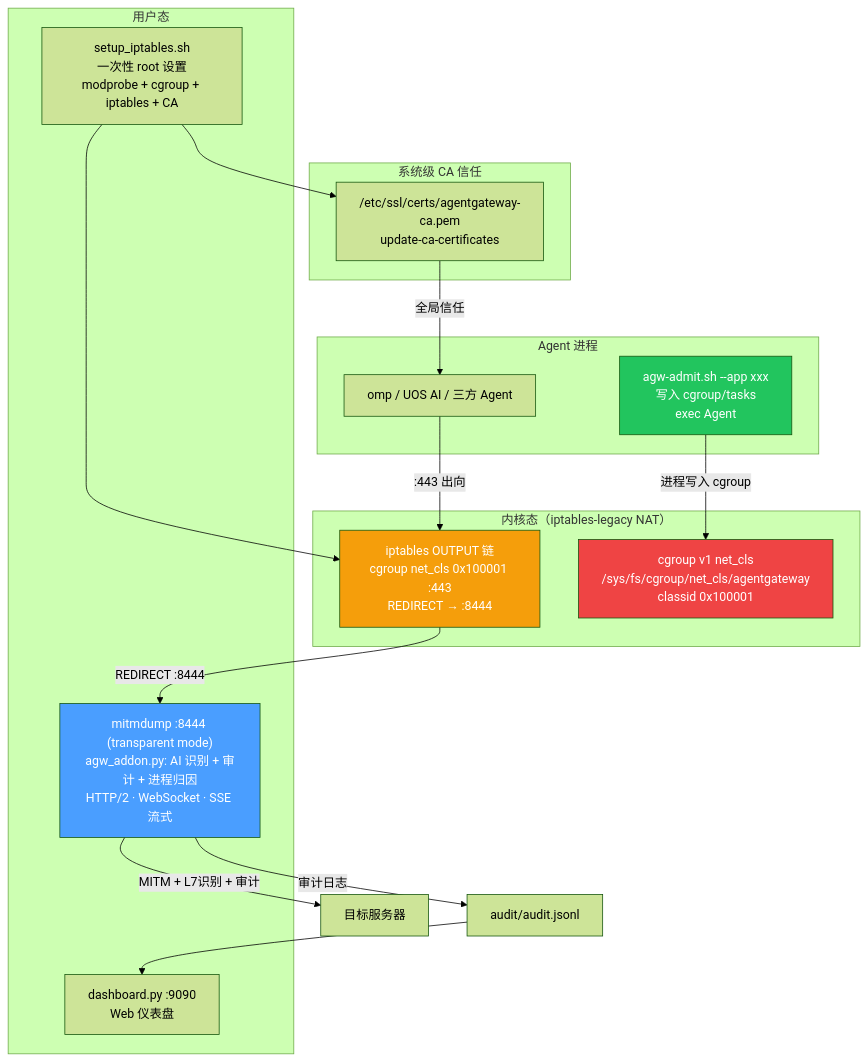
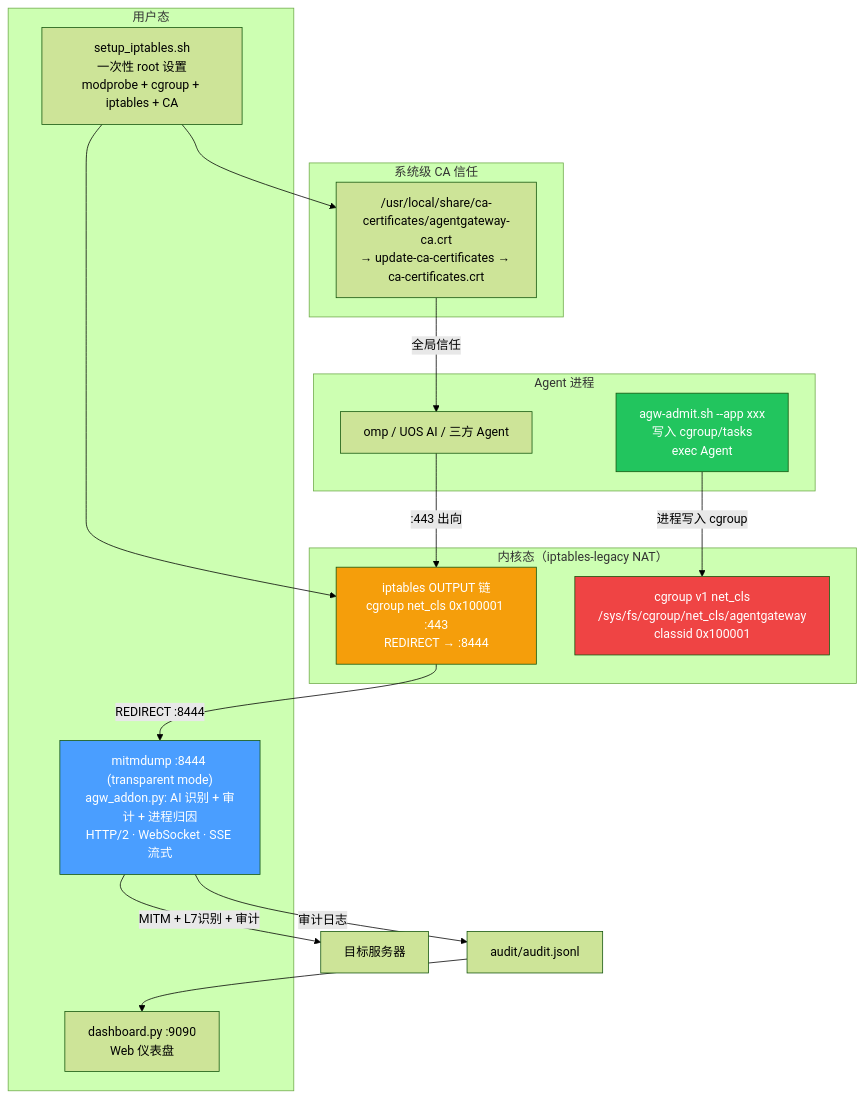
The diagram in specs/方案A_透明代理进程级拦截_4.19内核.md (eric2023/agentgateway), drawn with Mermaid (forest theme) before and after one commit. The commit also changed other lines of this file and 1 other file, not shown here.

````diff
--- a/specs/方案A_透明代理进程级拦截_4.19内核.md
+++ b/specs/方案A_透明代理进程级拦截_4.19内核.md
@@ -20,37 +20,37 @@
 ```mermaid
 graph TB
     subgraph 内核态["内核态（iptables-legacy NAT）"]
         NFT["iptables OUTPUT 链<br/>cgroup net_cls 0x100001 :443<br/>REDIRECT → :8444"]
         CG["cgroup v1 net_cls<br/>/sys/fs/cgroup/net_cls/agentgateway<br/>classid 0x100001"]
     end
 
     subgraph 用户态["用户态"]
         TP["mitmdump :8444 (transparent mode)<br/>agw_addon.py: AI 识别 + 审计 + 进程归因<br/>HTTP/2 · WebSocket · SSE 流式"]
         DASH["dashboard.py :9090<br/>Web 仪表盘"]
         SETUP["setup_iptables.sh<br/>一次性 root 设置<br/>modprobe + cgroup + iptables + CA"]
     end
 
     subgraph Agent["Agent 进程"]
         A1["omp / UOS AI / 三方 Agent"]
         TE["agw-admit.sh --app xxx<br/>写入 cgroup/tasks<br/>exec Agent"]
     end
 
     subgraph CA["系统级 CA 信任"]
-        SYS["/etc/ssl/certs/agentgateway-ca.pem<br/>update-ca-certificates"]
+        SYS["/usr/local/share/ca-certificates/agentgateway-ca.crt<br/>→ update-ca-certificates → ca-certificates.crt"]
     end
 
     TE -->|"进程写入 cgroup"| CG
     A1 -->|":443 出向"| NFT
     NFT -->|"REDIRECT :8444"| TP
     TP -->|"MITM + L7识别 + 审计"| 远程["目标服务器"]
     TP -->|"审计日志"| LOG["audit/audit.jsonl"]
     LOG --> DASH
     SYS -->|"全局信任"| A1
     SETUP --> NFT
     SETUP --> SYS
 
     style NFT fill:#f59e0b,color:#fff
     style TP fill:#4a9eff,color:#fff
     style TE fill:#22c55e,color:#fff
     style CG fill:#ef4444,color:#fff
 ```
````
